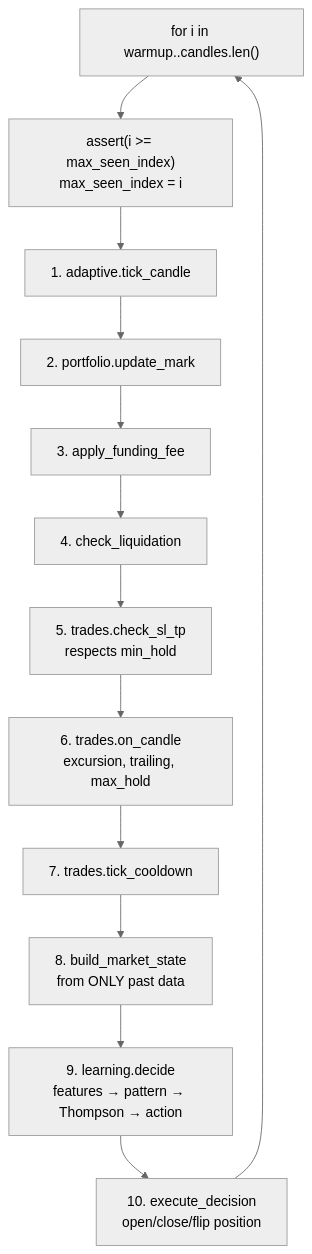
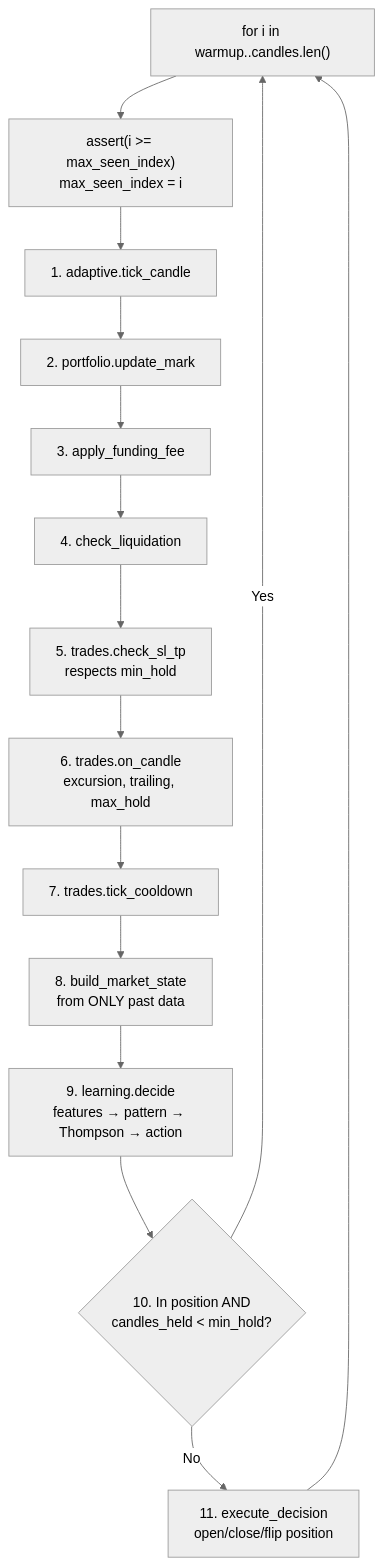
The first of 2 diagrams in docs/06-backtest-engine.md (krejcif/rdex), drawn with Mermaid (neutral theme) before and after one commit. The commit also changed other lines of this file and 2 other files, not shown here.

First line of the commit message:
Update docs with signal flip guard, fix cargo commands, add failed approaches

````diff
--- a/docs/06-backtest-engine.md
+++ b/docs/06-backtest-engine.md
@@ -16,15 +16,17 @@
 ```mermaid
 graph TD
     Start["for i in warmup..candles.len()"] --> Assert["assert(i >= max_seen_index)<br/>max_seen_index = i"]
     Assert --> Tick[1. adaptive.tick_candle]
     Tick --> Mark[2. portfolio.update_mark]
     Mark --> Fund[3. apply_funding_fee]
     Fund --> Liq[4. check_liquidation]
     Liq --> SL[5. trades.check_sl_tp<br/>respects min_hold]
     SL --> Candle[6. trades.on_candle<br/>excursion, trailing, max_hold]
     Candle --> Cool[7. trades.tick_cooldown]
     Cool --> Build[8. build_market_state<br/>from ONLY past data]
     Build --> Decide[9. learning.decide<br/>features → pattern → Thompson → action]
-    Decide --> Exec[10. execute_decision<br/>open/close/flip position]
+    Decide --> Guard{10. In position AND<br/>candles_held < min_hold?}
+    Guard -->|Yes| Start
+    Guard -->|No| Exec[11. execute_decision<br/>open/close/flip position]
     Exec --> Start
 ```
````
